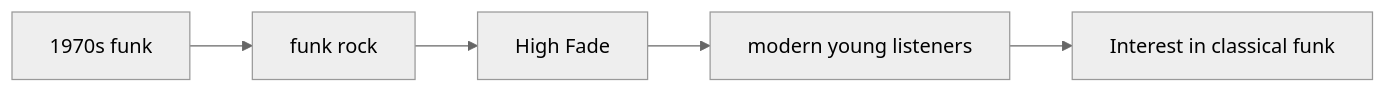
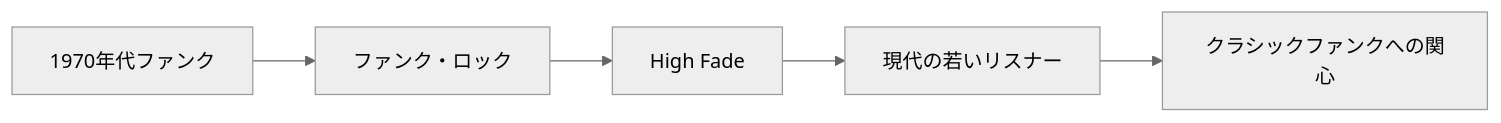
The fifth of 16 diagrams in en/_posts/2026-08-04-column-high-fade.md (monumental-movement/monumental-movement.github.io), drawn with Mermaid (neutral theme) before and after one commit. The commit also changed other lines of this file and 2196 other files, not shown here.

```diff
--- a/en/_posts/2026-08-04-column-high-fade.md
+++ b/en/_posts/2026-08-04-column-high-fade.md
@@ -692,13 +691,13 @@
 <div class="mermaid">
 graph LR
-A[1970s funk]
-B[funk rock]
+A[1970年代ファンク]
+B[ファンク・ロック]
 C[High Fade]
-D[modern young listeners]
-E[Interest in classical funk]
+D[現代の若いリスナー]
+E[クラシックファンクへの関心]
 
 A --> B
 B --> C
 C --> D
 D --> E
 </div>
```
